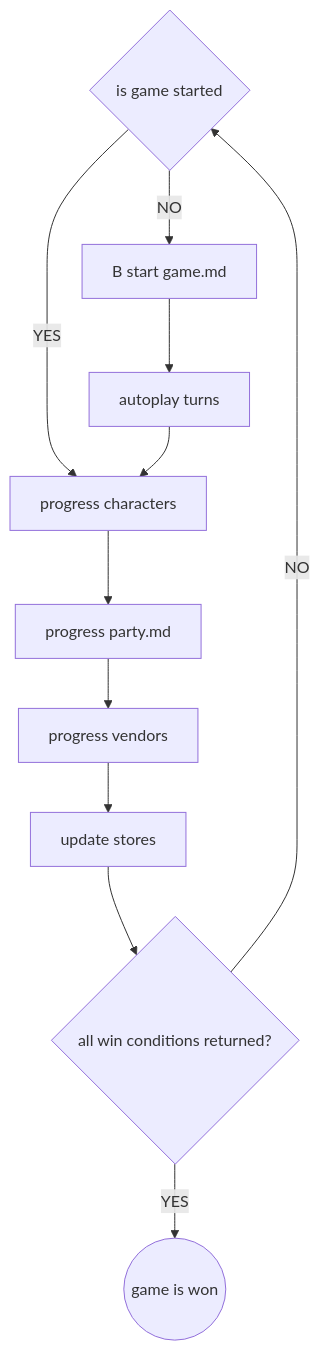
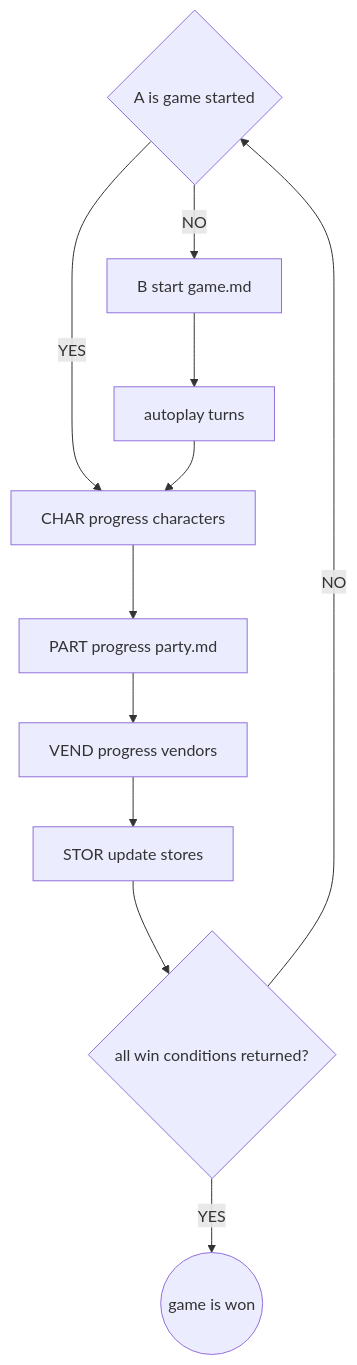
The diagram in docs/A progress game.md (robdrimmie/imtg), drawn with Mermaid before and after one commit. The commit also changed 11 other files, not shown here.

````diff
--- a/docs/A progress game.md
+++ b/docs/A progress game.md
@@ -1,36 +1,36 @@
 ```mermaid
 flowchart TD
-    A{is game started};
+    A{A is game started};
 
     B1[B start game.md];
     B2[autoplay turns];
 
-    CHAR[progress characters];
+    CHAR[CHAR progress characters];
 
-    PART[progress party.md];
+    PART[PART progress party.md];
 
-    STOR[update stores];
+    STOR[STOR update stores];
 
-    VEND[progress vendors];
+    VEND[VEND progress vendors];
 
     F{all win conditions returned?}
 
     G((game is won))
 
     A -- NO --> B1;
     A -- YES --> CHAR;
 
     B1 --> B2;
     B2 --> CHAR;
 
     CHAR --> PART;
 
     PART --> VEND;
 
     VEND --> STOR;
 
     STOR --> F;
 
     F -- NO --> A;
     F -- YES --> G;
 ```
````
